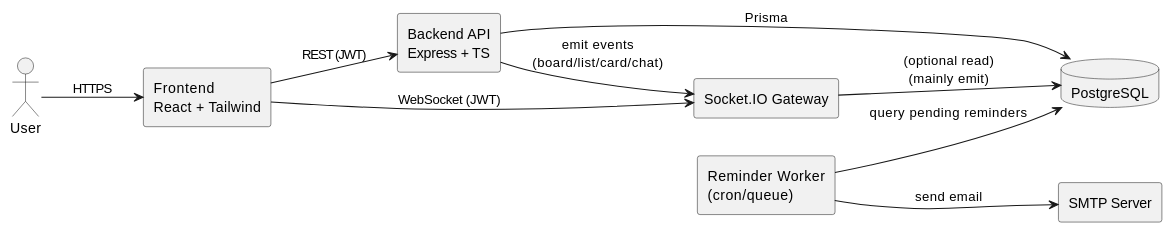
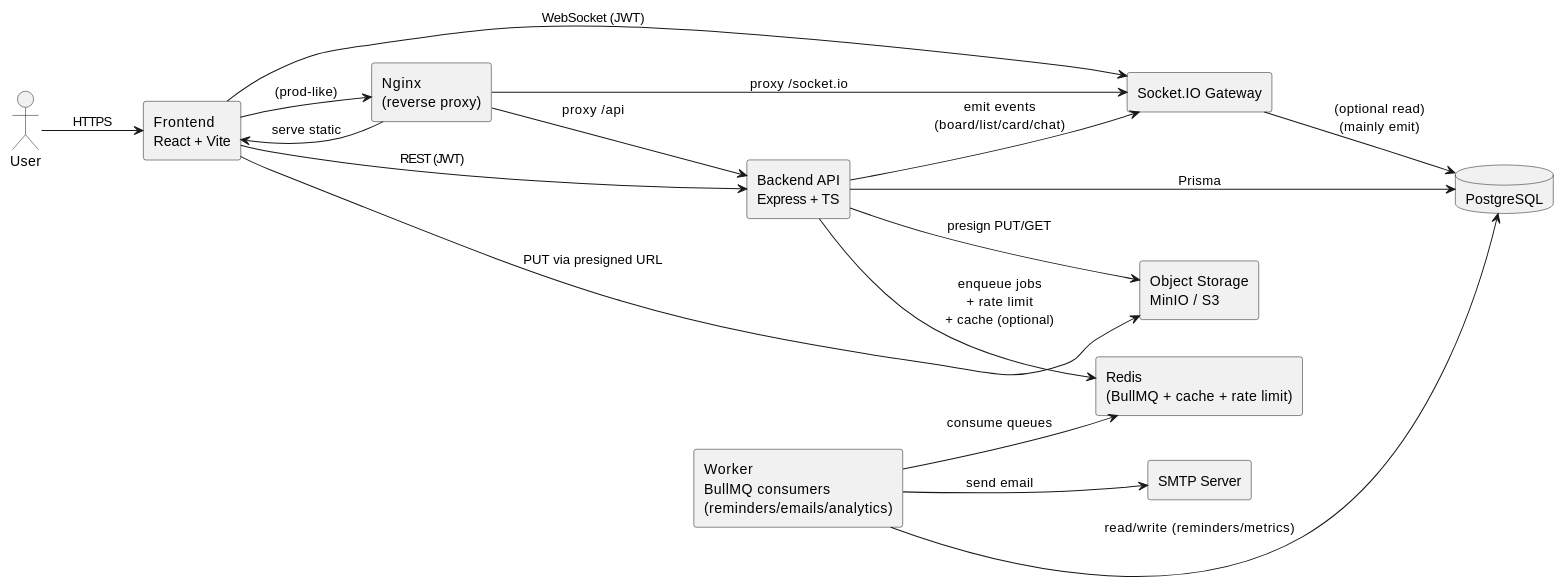
One commit to tvquang0511/TeamHub changed the diagram in docs/diagrams/component-diagram.md. Above: the diagram before and after it, drawn with PlantUML. The commit also changed 45 other files, not shown here.

````diff
--- a/docs/diagrams/component-diagram.md
+++ b/docs/diagrams/component-diagram.md
@@ -3,27 +3,40 @@
 ```plantuml
 @startuml
 skinparam componentStyle rectangle
 left to right direction
 
 actor "User" as User
 
-component "Frontend\nReact + Tailwind" as FE
+component "Frontend\nReact + Vite" as FE
+component "Nginx\n(reverse proxy)" as NGINX
 component "Backend API\nExpress + TS" as API
 component "Socket.IO Gateway" as WS
-component "Reminder Worker\n(cron/queue)" as Worker
+component "Worker\nBullMQ consumers\n(reminders/emails/analytics)" as Worker
 database "PostgreSQL" as DB
+component "Redis\n(BullMQ + cache + rate limit)" as Redis
+component "Object Storage\nMinIO / S3" as S3
 component "SMTP Server" as SMTP
 
 User --> FE : HTTPS
+FE --> NGINX : (prod-like)
+NGINX --> FE : serve static
+NGINX --> API : proxy /api
+NGINX --> WS : proxy /socket.io
+
 FE --> API : REST (JWT)
 FE --> WS : WebSocket (JWT)
 
 API --> DB : Prisma
+API --> Redis : enqueue jobs\n+ rate limit\n+ cache (optional)
+API --> S3 : presign PUT/GET
 WS --> DB : (optional read)\n(mainly emit)
-Worker --> DB : query pending reminders
+Worker --> Redis : consume queues
+Worker --> DB : read/write (reminders/metrics)
 Worker --> SMTP : send email
+
+FE --> S3 : PUT via presigned URL
 
 API --> WS : emit events\n(board/list/card/chat)
 
 @enduml
 ```
````
